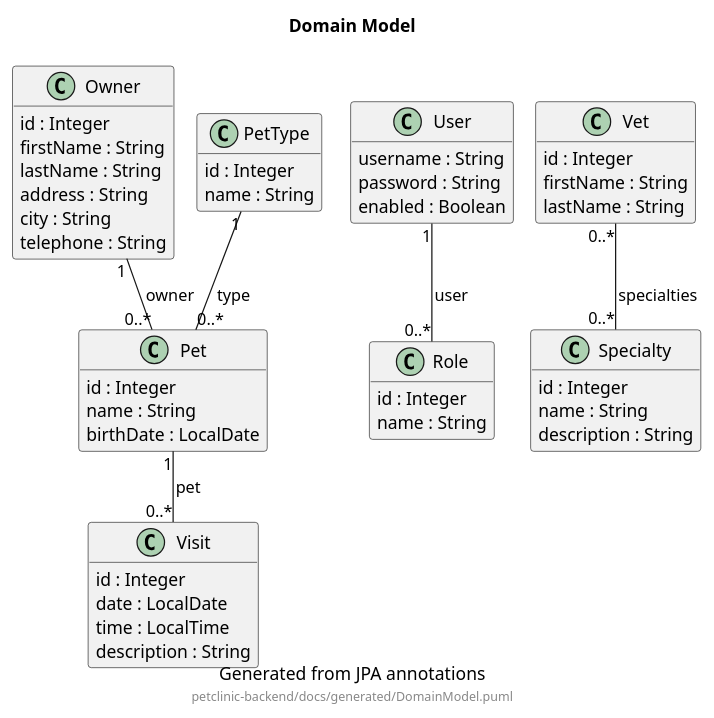
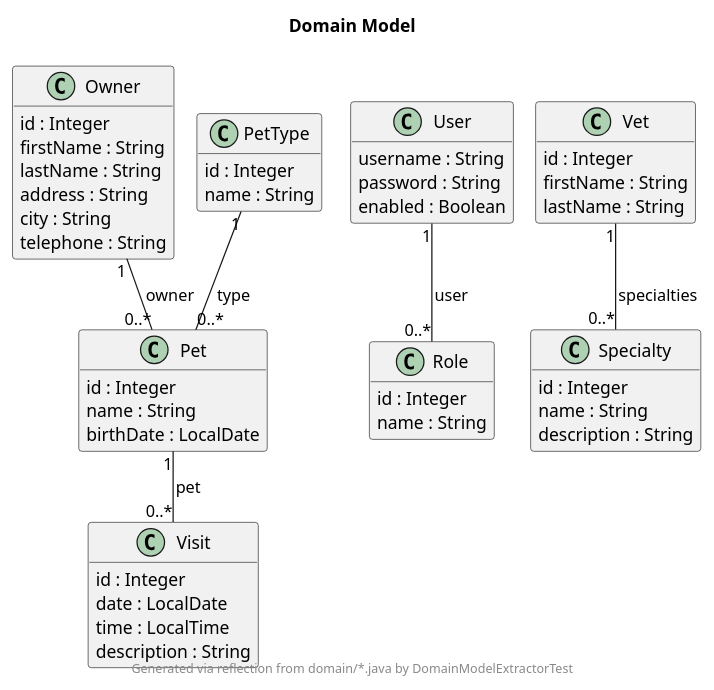
Before and after one commit to victorrentea/petclinic: the diagram in petclinic-backend/docs/generated/DomainModel.puml, drawn with PlantUML. The commit also changed 65 other files, not shown here.

First line of the commit message:
refactor(docs+domain): reflection-based domain diagram, ERD polish, group docs/scripts

```diff
--- a/petclinic-backend/docs/generated/DomainModel.puml
+++ b/petclinic-backend/docs/generated/DomainModel.puml
@@ -1,60 +1,59 @@
 @startuml
 !pragma layout smetana
 
 title Domain Model
-caption Generated from JPA annotations
-footer petclinic-backend/docs/generated/DomainModel.puml
+footer Generated via reflection from domain/*.java by DomainModelExtractorTest
 
 hide empty members
 skinparam classAttributeIconSize 0
 
 class Owner {
   id : Integer
   firstName : String
   lastName : String
   address : String
   city : String
   telephone : String
 }
 class Pet {
   id : Integer
   name : String
   birthDate : LocalDate
 }
 class PetType {
   id : Integer
   name : String
 }
 class Role {
   id : Integer
   name : String
 }
 class Specialty {
   id : Integer
   name : String
   description : String
 }
 class User {
   username : String
   password : String
   enabled : Boolean
 }
 class Vet {
   id : Integer
   firstName : String
   lastName : String
 }
 class Visit {
   id : Integer
   date : LocalDate
   time : LocalTime
   description : String
 }
 
+Owner "1" -- "0..*" Pet : owner
+Pet "1" -- "0..*" Visit : pet
 PetType "1" -- "0..*" Pet : type
-Owner "1" -- "0..*" Pet : owner
 User "1" -- "0..*" Role : user
-Vet "0..*" -- "0..*" Specialty : specialties
-Pet "1" -- "0..*" Visit : pet
+Vet "1" -- "0..*" Specialty : specialties
 
 @enduml
```
